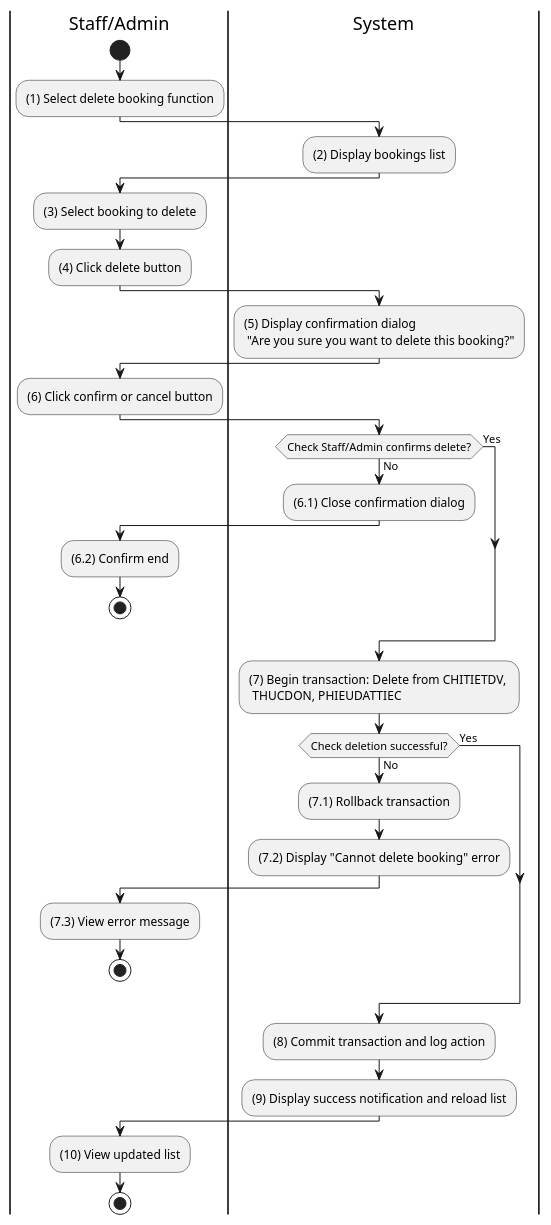
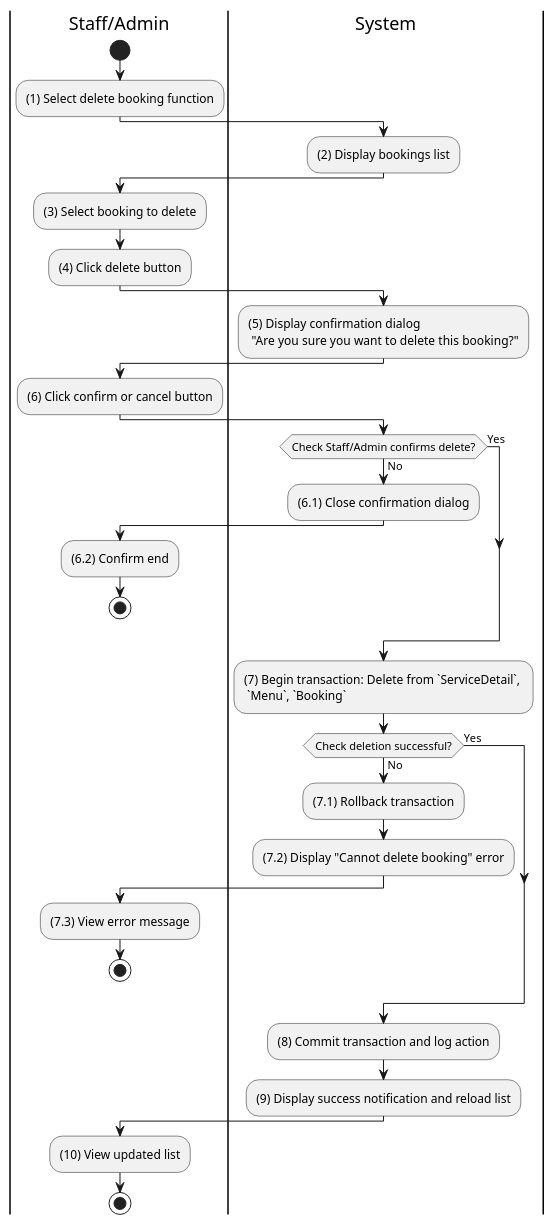
The diagram in docs/docs/activity for wedding management system/manage-bookings/delete-booking.md (se113-wm/se113-wm.github.io), drawn with PlantUML before and after one commit. The commit also changed 64 other files, not shown here.

````diff
--- a/docs/docs/activity for wedding management system/manage-bookings/delete-booking.md
+++ b/docs/docs/activity for wedding management system/manage-bookings/delete-booking.md
@@ -3,55 +3,55 @@
 ```plantuml
 @startuml
 |S|Staff/Admin
 |Sys|System
 
 |S|
 start
 
 :(1) Select delete booking function;
 
 |Sys|
 :(2) Display bookings list;
 
 |S|
 :(3) Select booking to delete;
 :(4) Click delete button;
 
 |Sys|
 :(5) Display confirmation dialog \n "Are you sure you want to delete this booking?";
 
 |S|
 :(6) Click confirm or cancel button;
 
 |Sys|
 if (Check Staff/Admin confirms delete?) then (No)
 	:(6.1) Close confirmation dialog;
 	|S|
 	:(6.2) Confirm end;
 	stop
 else (Yes)
 endif
 
 |Sys|
-:(7) Begin transaction: Delete from CHITIETDV, \n THUCDON, PHIEUDATTIEC;
+:(7) Begin transaction: Delete from `ServiceDetail`, \n `Menu`, `Booking`;
 
 if (Check deletion successful?) then (No)
 	:(7.1) Rollback transaction;
 	:(7.2) Display "Cannot delete booking" error;
 	|S|
 	:(7.3) View error message;
 	stop
 else (Yes)
 endif
 
 |Sys|
 :(8) Commit transaction and log action;
 :(9) Display success notification and reload list;
 
 |S|
 :(10) View updated list;
 
 stop
 
 @enduml
 ```
````
